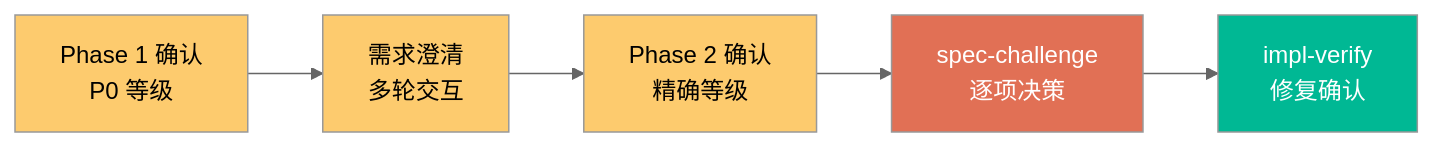
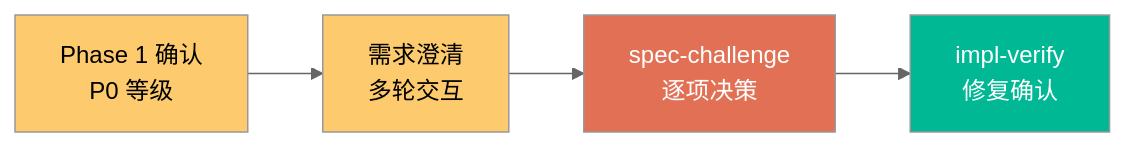
One commit to Aimeerrhythm/enterprise-change-workflow changed the eighth of 9 diagrams in docs/workflow-execution-flow.md. Above: the diagram before and after it, drawn with Mermaid (neutral theme). The commit also changed other lines of this file and 13 other files, not shown here.

````diff
--- a/docs/workflow-execution-flow.md
+++ b/docs/workflow-execution-flow.md
@@ -384,13 +355,11 @@
 ```mermaid
 flowchart LR
     D1[Phase 1 确认<br/>P0 等级] --> D2[需求澄清<br/>多轮交互]
-    D2 --> D3[Phase 2 确认<br/>精确等级]
-    D3 --> D4[spec-challenge<br/>逐项决策]
-    D4 --> D5[impl-verify<br/>修复确认]
+    D2 --> D3[spec-challenge<br/>逐项决策]
+    D3 --> D4[impl-verify<br/>修复确认]
 
     style D1 fill:#fdcb6e
     style D2 fill:#fdcb6e
-    style D3 fill:#fdcb6e
-    style D4 fill:#e17055,color:#fff
-    style D5 fill:#00b894,color:#fff
+    style D3 fill:#e17055,color:#fff
+    style D4 fill:#00b894,color:#fff
 ```
````
